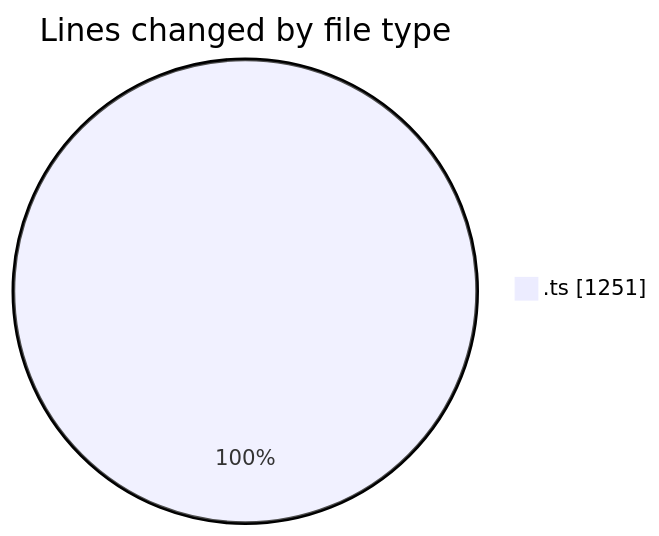
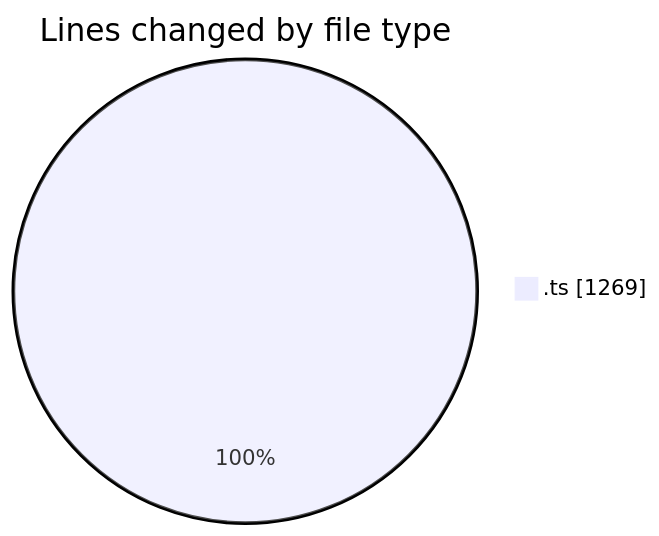
One commit to momahboobian/code-tracking changed the first of 2 diagrams in 2025-10-24/cda/README.md. Above: the diagram before and after it, drawn with Mermaid. The commit also changed other lines of this file and 1 other file, not shown here.

````diff
--- a/2025-10-24/cda/README.md
+++ b/2025-10-24/cda/README.md
@@ -22,5 +22,5 @@
 ```mermaid
 pie showData
 title Lines changed by file type
-".ts" : 1251
+".ts" : 1269
 ```
````
